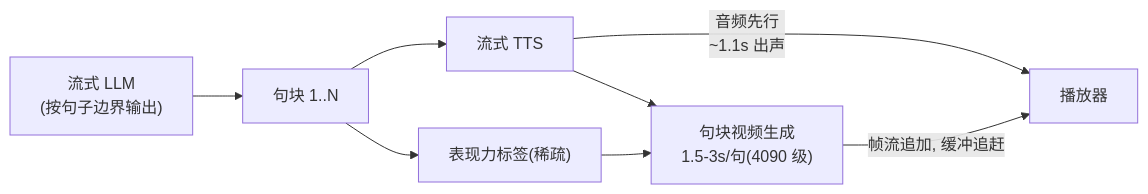
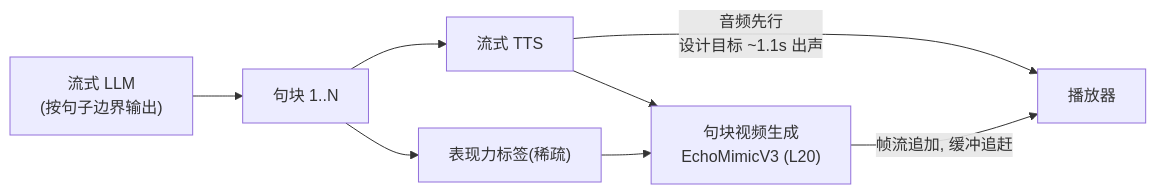
Before and after one commit to jianantian/orchest: the third of 3 diagrams in docs/research/digital-human/photo-avatar-realtime.md, drawn with Mermaid. The commit also changed other lines of this file and 1 other file, not shown here.

````diff
--- a/docs/research/digital-human/photo-avatar-realtime.md
+++ b/docs/research/digital-human/photo-avatar-realtime.md
@@ -114,10 +185,10 @@
 ```mermaid
 flowchart LR
     LLM["流式 LLM<br/>(按句子边界输出)"] --> CHUNK["句块 1..N"]
     CHUNK --> TTS["流式 TTS"]
-    TTS -->|"音频先行<br/>~1.1s 出声"| PLAY["播放器"]
+    TTS -->|"音频先行<br/>设计目标 ~1.1s 出声"| PLAY["播放器"]
     CHUNK --> TAG["表现力标签(稀疏)"]
-    TAG --> GEN["句块视频生成<br/>1.5-3s/句(4090 级)"]
+    TAG --> GEN["句块视频生成<br/>EchoMimicV3 (L20)"]
     TTS --> GEN
     GEN -->|"帧流追加, 缓冲追赶"| PLAY
 ```
````
